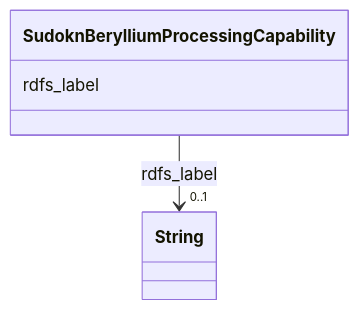
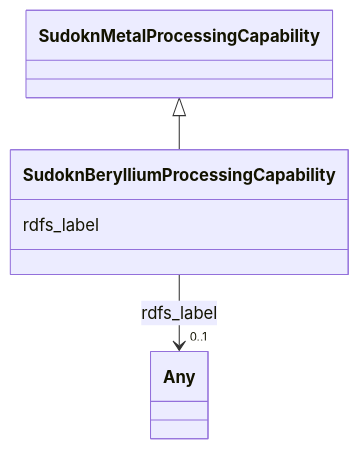
One commit to frink-okn/graph-descriptions changed the diagram in sudokn-kg/classes/SudoknBerylliumProcessingCapability.md. Above: the diagram before and after it, drawn with Mermaid. The commit also changed other lines of this file and 903 other files, not shown here.

````diff
--- a/sudokn-kg/classes/SudoknBerylliumProcessingCapability.md
+++ b/sudokn-kg/classes/SudoknBerylliumProcessingCapability.md
@@ -23,15 +18,18 @@
 ```mermaid
  classDiagram
     class SudoknBerylliumProcessingCapability
     click SudoknBerylliumProcessingCapability href "../SudoknBerylliumProcessingCapability"
+      SudoknMetalProcessingCapability <|-- SudoknBerylliumProcessingCapability
+        click SudoknMetalProcessingCapability href "../SudoknMetalProcessingCapability"
+      
       SudoknBerylliumProcessingCapability : rdfs_label
         
           
     
     
-    SudoknBerylliumProcessingCapability --> "0..1" String : rdfs_label
-    click String href "../String"
+    SudoknBerylliumProcessingCapability --> "0..1" Any : rdfs_label
+    click Any href "../Any"
 
         
       
 ```
````
